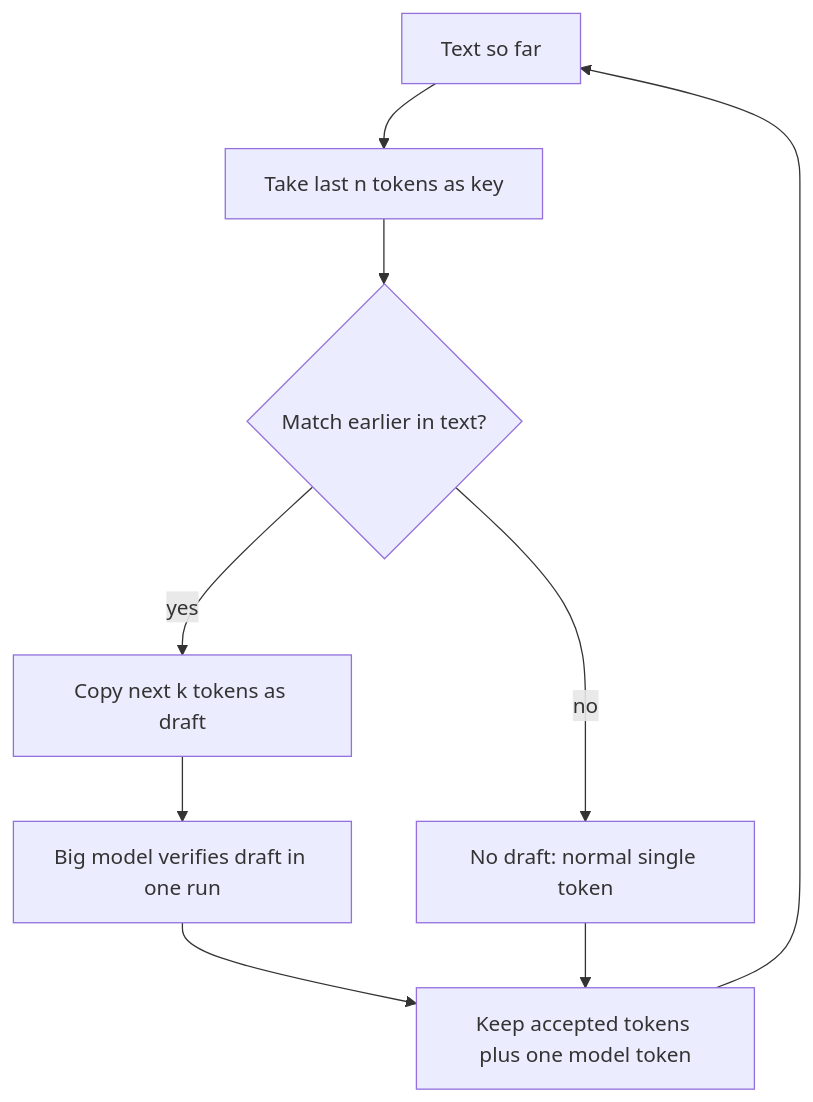
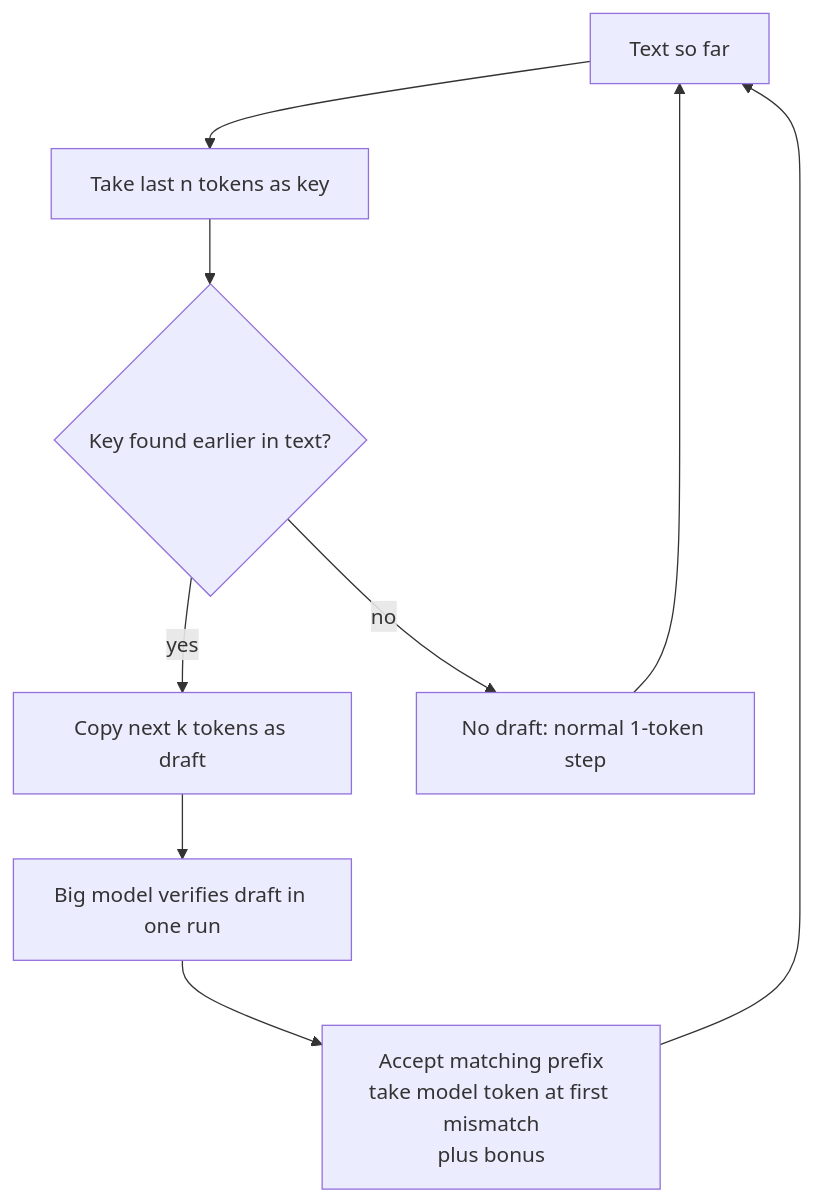
One commit to kaisarnajar/outcome-school-blogs changed the diagram in notes/step-12-llm-inference-engineering/155-n-gram-speculation-in-llms.md. Above: the diagram before and after it, drawn with Mermaid. The commit also changed other lines of this file and 233 other files, not shown here.

````diff
--- a/notes/step-12-llm-inference-engineering/155-n-gram-speculation-in-llms.md
+++ b/notes/step-12-llm-inference-engineering/155-n-gram-speculation-in-llms.md
@@ -60,11 +53,11 @@
 ```mermaid
 flowchart TD
-    A["Text so far"] --> B["Take last n tokens as key"]
-    B --> C{"Match earlier in text?"}
-    C -->|"yes"| D["Copy next k tokens as draft"]
-    C -->|"no"| E["No draft: normal single token"]
-    D --> F["Big model verifies draft in one run"]
-    F --> G["Keep accepted tokens plus one model token"]
-    E --> G
-    G --> A
+    T1["Text so far"] --> K1["Take last n tokens as key"]
+    K1 --> L1{"Key found earlier in text?"}
+    L1 -->|"yes"| C1["Copy next k tokens as draft"]
+    L1 -->|"no"| S1["No draft: normal 1-token step"]
+    C1 --> V1["Big model verifies draft in one run"]
+    V1 --> A1["Accept matching prefix<br/>take model token at first mismatch<br/>plus bonus"]
+    A1 --> T1
+    S1 --> T1
 ```
````
